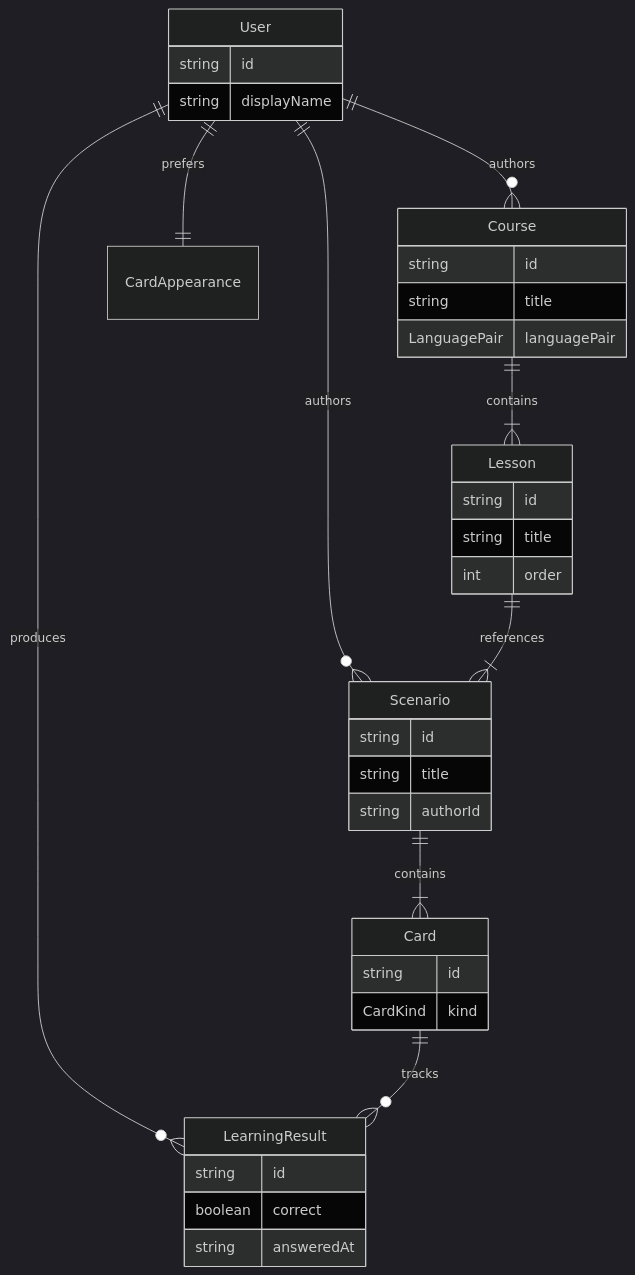
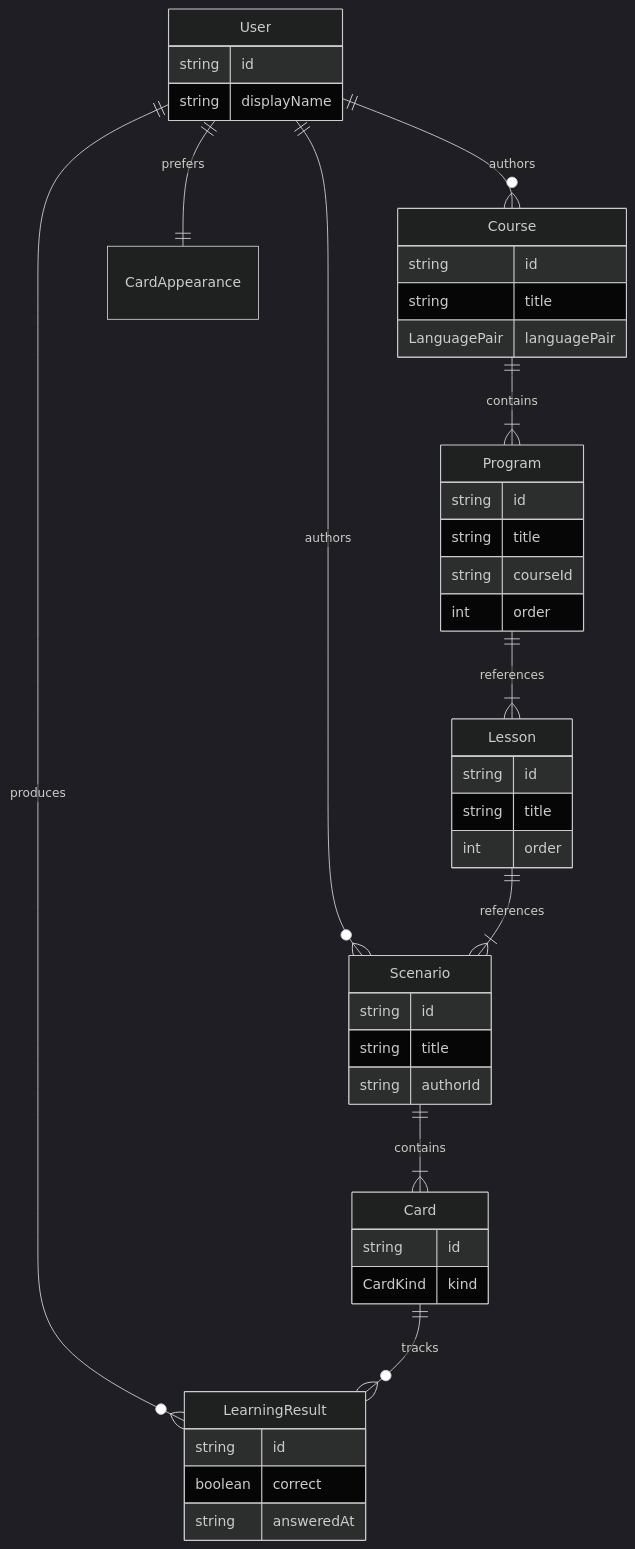
The diagram in docs/COMMON/DOMAIN.md (void2ptr-sketch/LinguaCode), drawn with Mermaid (dark theme) before and after one commit. The commit also changed other lines of this file and 99 other files, not shown here.

````diff
--- a/docs/COMMON/DOMAIN.md
+++ b/docs/COMMON/DOMAIN.md
@@ -88,40 +91,47 @@
 ```mermaid
 erDiagram
     User ||--o{ Scenario : authors
     User ||--o{ Course : authors
     User ||--o{ LearningResult : produces
     User ||--|| CardAppearance : prefers
-    Course ||--|{ Lesson : contains
+    Course ||--|{ Program : contains
+    Program ||--|{ Lesson : references
     Lesson ||--|{ Scenario : references
     Scenario ||--|{ Card : contains
     Card ||--o{ LearningResult : tracks
 
     User {
         string id
         string displayName
     }
     Course {
         string id
         string title
         LanguagePair languagePair
+    }
+    Program {
+        string id
+        string title
+        string courseId
+        int order
     }
     Lesson {
         string id
         string title
         int order
     }
     Scenario {
         string id
         string title
         string authorId
     }
     Card {
         string id
         CardKind kind
     }
     LearningResult {
         string id
         boolean correct
         string answeredAt
     }
 ```
````
